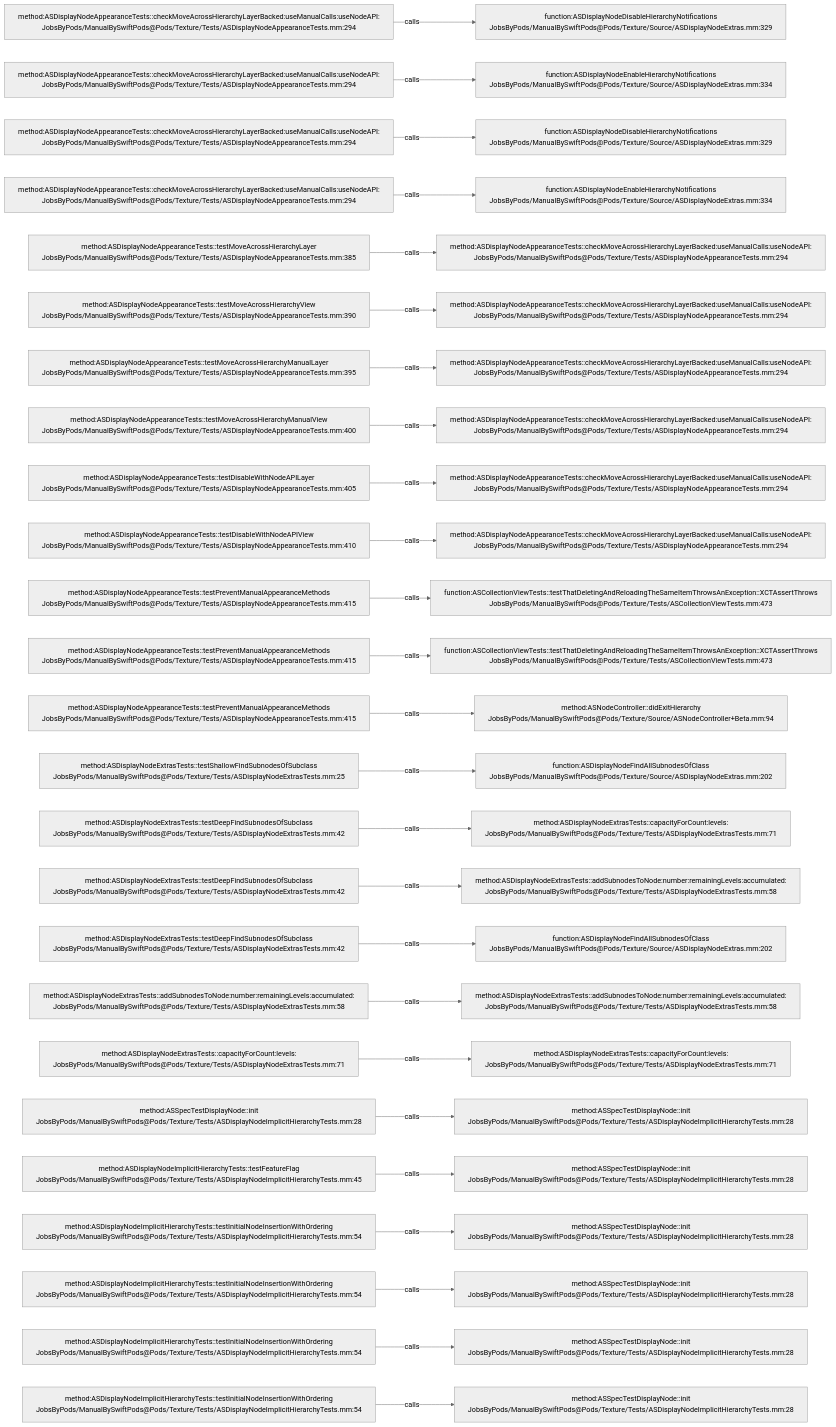
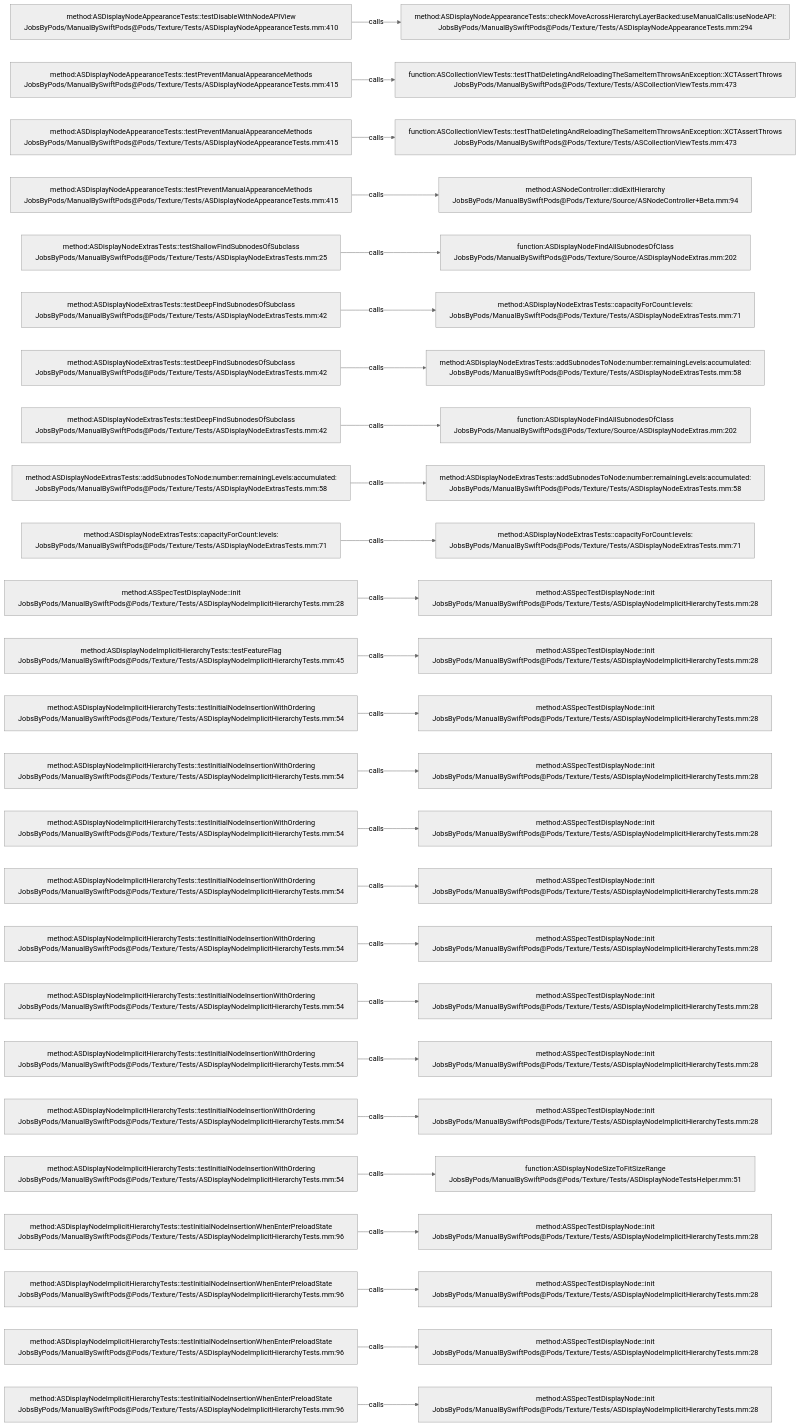
The diagram in .codegraph/codegraph.md/graphs/calls-183.md (JobsKits/JobsSwiftBaseConfigDemo), drawn with Mermaid (neutral theme) before and after one commit. The commit also changed 707 other files, not shown here.

````diff
--- a/.codegraph/codegraph.md/graphs/calls-183.md
+++ b/.codegraph/codegraph.md/graphs/calls-183.md
@@ -13,78 +13,78 @@
 ```mermaid
 flowchart LR
-  S1["method:ASDisplayNodeAppearanceTests::checkMoveAcrossHierarchyLayerBacked:useManualCalls:useNodeAPI:<br/>JobsByPods/ManualBySwiftPods@Pods/Texture/Tests/ASDisplayNodeAppearanceTests.mm:294"]
-  T1["function:ASDisplayNodeDisableHierarchyNotifications<br/>JobsByPods/ManualBySwiftPods@Pods/Texture/Source/ASDisplayNodeExtras.mm:329"]
+  S1["method:ASDisplayNodeAppearanceTests::testDisableWithNodeAPIView<br/>JobsByPods/ManualBySwiftPods@Pods/Texture/Tests/ASDisplayNodeAppearanceTests.mm:410"]
+  T1["method:ASDisplayNodeAppearanceTests::checkMoveAcrossHierarchyLayerBacked:useManualCalls:useNodeAPI:<br/>JobsByPods/ManualBySwiftPods@Pods/Texture/Tests/ASDisplayNodeAppearanceTests.mm:294"]
   S1 -->|calls| T1
-  S2["method:ASDisplayNodeAppearanceTests::checkMoveAcrossHierarchyLayerBacked:useManualCalls:useNodeAPI:<br/>JobsByPods/ManualBySwiftPods@Pods/Texture/Tests/ASDisplayNodeAppearanceTests.mm:294"]
-  T2["function:ASDisplayNodeEnableHierarchyNotifications<br/>JobsByPods/ManualBySwiftPods@Pods/Texture/Source/ASDisplayNodeExtras.mm:334"]
+  S2["method:ASDisplayNodeAppearanceTests::testPreventManualAppearanceMethods<br/>JobsByPods/ManualBySwiftPods@Pods/Texture/Tests/ASDisplayNodeAppearanceTests.mm:415"]
+  T2["function:ASCollectionViewTests::testThatDeletingAndReloadingTheSameItemThrowsAnException::XCTAssertThrows<br/>JobsByPods/ManualBySwiftPods@Pods/Texture/Tests/ASCollectionViewTests.mm:473"]
   S2 -->|calls| T2
-  S3["method:ASDisplayNodeAppearanceTests::checkMoveAcrossHierarchyLayerBacked:useManualCalls:useNodeAPI:<br/>JobsByPods/ManualBySwiftPods@Pods/Texture/Tests/ASDisplayNodeAppearanceTests.mm:294"]
-  T3["function:ASDisplayNodeDisableHierarchyNotifications<br/>JobsByPods/ManualBySwiftPods@Pods/Texture/Source/ASDisplayNodeExtras.mm:329"]
+  S3["method:ASDisplayNodeAppearanceTests::testPreventManualAppearanceMethods<br/>JobsByPods/ManualBySwiftPods@Pods/Texture/Tests/ASDisplayNodeAppearanceTests.mm:415"]
+  T3["function:ASCollectionViewTests::testThatDeletingAndReloadingTheSameItemThrowsAnException::XCTAssertThrows<br/>JobsByPods/ManualBySwiftPods@Pods/Texture/Tests/ASCollectionViewTests.mm:473"]
   S3 -->|calls| T3
-  S4["method:ASDisplayNodeAppearanceTests::checkMoveAcrossHierarchyLayerBacked:useManualCalls:useNodeAPI:<br/>JobsByPods/ManualBySwiftPods@Pods/Texture/Tests/ASDisplayNodeAppearanceTests.mm:294"]
-  T4["function:ASDisplayNodeEnableHierarchyNotifications<br/>JobsByPods/ManualBySwiftPods@Pods/Texture/Source/ASDisplayNodeExtras.mm:334"]
+  S4["method:ASDisplayNodeAppearanceTests::testPreventManualAppearanceMethods<br/>JobsByPods/ManualBySwiftPods@Pods/Texture/Tests/ASDisplayNodeAppearanceTests.mm:415"]
+  T4["method:ASNodeController::didExitHierarchy<br/>JobsByPods/ManualBySwiftPods@Pods/Texture/Source/ASNodeController+Beta.mm:94"]
   S4 -->|calls| T4
-  S5["method:ASDisplayNodeAppearanceTests::testMoveAcrossHierarchyLayer<br/>JobsByPods/ManualBySwiftPods@Pods/Texture/Tests/ASDisplayNodeAppearanceTests.mm:385"]
-  T5["method:ASDisplayNodeAppearanceTests::checkMoveAcrossHierarchyLayerBacked:useManualCalls:useNodeAPI:<br/>JobsByPods/ManualBySwiftPods@Pods/Texture/Tests/ASDisplayNodeAppearanceTests.mm:294"]
+  S5["method:ASDisplayNodeExtrasTests::testShallowFindSubnodesOfSubclass<br/>JobsByPods/ManualBySwiftPods@Pods/Texture/Tests/ASDisplayNodeExtrasTests.mm:25"]
+  T5["function:ASDisplayNodeFindAllSubnodesOfClass<br/>JobsByPods/ManualBySwiftPods@Pods/Texture/Source/ASDisplayNodeExtras.mm:202"]
   S5 -->|calls| T5
-  S6["method:ASDisplayNodeAppearanceTests::testMoveAcrossHierarchyView<br/>JobsByPods/ManualBySwiftPods@Pods/Texture/Tests/ASDisplayNodeAppearanceTests.mm:390"]
-  T6["method:ASDisplayNodeAppearanceTests::checkMoveAcrossHierarchyLayerBacked:useManualCalls:useNodeAPI:<br/>JobsByPods/ManualBySwiftPods@Pods/Texture/Tests/ASDisplayNodeAppearanceTests.mm:294"]
+  S6["method:ASDisplayNodeExtrasTests::testDeepFindSubnodesOfSubclass<br/>JobsByPods/ManualBySwiftPods@Pods/Texture/Tests/ASDisplayNodeExtrasTests.mm:42"]
+  T6["method:ASDisplayNodeExtrasTests::capacityForCount:levels:<br/>JobsByPods/ManualBySwiftPods@Pods/Texture/Tests/ASDisplayNodeExtrasTests.mm:71"]
   S6 -->|calls| T6
-  S7["method:ASDisplayNodeAppearanceTests::testMoveAcrossHierarchyManualLayer<br/>JobsByPods/ManualBySwiftPods@Pods/Texture/Tests/ASDisplayNodeAppearanceTests.mm:395"]
-  T7["method:ASDisplayNodeAppearanceTests::checkMoveAcrossHierarchyLayerBacked:useManualCalls:useNodeAPI:<br/>JobsByPods/ManualBySwiftPods@Pods/Texture/Tests/ASDisplayNodeAppearanceTests.mm:294"]
+  S7["method:ASDisplayNodeExtrasTests::testDeepFindSubnodesOfSubclass<br/>JobsByPods/ManualBySwiftPods@Pods/Texture/Tests/ASDisplayNodeExtrasTests.mm:42"]
+  T7["method:ASDisplayNodeExtrasTests::addSubnodesToNode:number:remainingLevels:accumulated:<br/>JobsByPods/ManualBySwiftPods@Pods/Texture/Tests/ASDisplayNodeExtrasTests.mm:58"]
   S7 -->|calls| T7
-  S8["method:ASDisplayNodeAppearanceTests::testMoveAcrossHierarchyManualView<br/>JobsByPods/ManualBySwiftPods@Pods/Texture/Tests/ASDisplayNodeAppearanceTests.mm:400"]
-  T8["method:ASDisplayNodeAppearanceTests::checkMoveAcrossHierarchyLayerBacked:useManualCalls:useNodeAPI:<br/>JobsByPods/ManualBySwiftPods@Pods/Texture/Tests/ASDisplayNodeAppearanceTests.mm:294"]
+  S8["method:ASDisplayNodeExtrasTests::testDeepFindSubnodesOfSubclass<br/>JobsByPods/ManualBySwiftPods@Pods/Texture/Tests/ASDisplayNodeExtrasTests.mm:42"]
+  T8["function:ASDisplayNodeFindAllSubnodesOfClass<br/>JobsByPods/ManualBySwiftPods@Pods/Texture/Source/ASDisplayNodeExtras.mm:202"]
   S8 -->|calls| T8
-  S9["method:ASDisplayNodeAppearanceTests::testDisableWithNodeAPILayer<br/>JobsByPods/ManualBySwiftPods@Pods/Texture/Tests/ASDisplayNodeAppearanceTests.mm:405"]
-  T9["method:ASDisplayNodeAppearanceTests::checkMoveAcrossHierarchyLayerBacked:useManualCalls:useNodeAPI:<br/>JobsByPods/ManualBySwiftPods@Pods/Texture/Tests/ASDisplayNodeAppearanceTests.mm:294"]
+  S9["method:ASDisplayNodeExtrasTests::addSubnodesToNode:number:remainingLevels:accumulated:<br/>JobsByPods/ManualBySwiftPods@Pods/Texture/Tests/ASDisplayNodeExtrasTests.mm:58"]
+  T9["method:ASDisplayNodeExtrasTests::addSubnodesToNode:number:remainingLevels:accumulated:<br/>JobsByPods/ManualBySwiftPods@Pods/Texture/Tests/ASDisplayNodeExtrasTests.mm:58"]
   S9 -->|calls| T9
-  S10["method:ASDisplayNodeAppearanceTests::testDisableWithNodeAPIView<br/>JobsByPods/ManualBySwiftPods@Pods/Texture/Tests/ASDisplayNodeAppearanceTests.mm:410"]
-  T10["method:ASDisplayNodeAppearanceTests::checkMoveAcrossHierarchyLayerBacked:useManualCalls:useNodeAPI:<br/>JobsByPods/ManualBySwiftPods@Pods/Texture/Tests/ASDisplayNodeAppearanceTests.mm:294"]
+  S10["method:ASDisplayNodeExtrasTests::capacityForCount:levels:<br/>JobsByPods/ManualBySwiftPods@Pods/Texture/Tests/ASDisplayNodeExtrasTests.mm:71"]
+  T10["method:ASDisplayNodeExtrasTests::capacityForCount:levels:<br/>JobsByPods/ManualBySwiftPods@Pods/Texture/Tests/ASDisplayNodeExtrasTests.mm:71"]
   S10 -->|calls| T10
-  S11["method:ASDisplayNodeAppearanceTests::testPreventManualAppearanceMethods<br/>JobsByPods/ManualBySwiftPods@Pods/Texture/Tests/ASDisplayNodeAppearanceTests.mm:415"]
-  T11["function:ASCollectionViewTests::testThatDeletingAndReloadingTheSameItemThrowsAnException::XCTAssertThrows<br/>JobsByPods/ManualBySwiftPods@Pods/Texture/Tests/ASCollectionViewTests.mm:473"]
+  S11["method:ASSpecTestDisplayNode::init<br/>JobsByPods/ManualBySwiftPods@Pods/Texture/Tests/ASDisplayNodeImplicitHierarchyTests.mm:28"]
+  T11["method:ASSpecTestDisplayNode::init<br/>JobsByPods/ManualBySwiftPods@Pods/Texture/Tests/ASDisplayNodeImplicitHierarchyTests.mm:28"]
   S11 -->|calls| T11
-  S12["method:ASDisplayNodeAppearanceTests::testPreventManualAppearanceMethods<br/>JobsByPods/ManualBySwiftPods@Pods/Texture/Tests/ASDisplayNodeAppearanceTests.mm:415"]
-  T12["function:ASCollectionViewTests::testThatDeletingAndReloadingTheSameItemThrowsAnException::XCTAssertThrows<br/>JobsByPods/ManualBySwiftPods@Pods/Texture/Tests/ASCollectionViewTests.mm:473"]
+  S12["method:ASDisplayNodeImplicitHierarchyTests::testFeatureFlag<br/>JobsByPods/ManualBySwiftPods@Pods/Texture/Tests/ASDisplayNodeImplicitHierarchyTests.mm:45"]
+  T12["method:ASSpecTestDisplayNode::init<br/>JobsByPods/ManualBySwiftPods@Pods/Texture/Tests/ASDisplayNodeImplicitHierarchyTests.mm:28"]
   S12 -->|calls| T12
-  S13["method:ASDisplayNodeAppearanceTests::testPreventManualAppearanceMethods<br/>JobsByPods/ManualBySwiftPods@Pods/Texture/Tests/ASDisplayNodeAppearanceTests.mm:415"]
-  T13["method:ASNodeController::didExitHierarchy<br/>JobsByPods/ManualBySwiftPods@Pods/Texture/Source/ASNodeController+Beta.mm:94"]
+  S13["method:ASDisplayNodeImplicitHierarchyTests::testInitialNodeInsertionWithOrdering<br/>JobsByPods/ManualBySwiftPods@Pods/Texture/Tests/ASDisplayNodeImplicitHierarchyTests.mm:54"]
+  T13["method:ASSpecTestDisplayNode::init<br/>JobsByPods/ManualBySwiftPods@Pods/Texture/Tests/ASDisplayNodeImplicitHierarchyTests.mm:28"]
   S13 -->|calls| T13
-  S14["method:ASDisplayNodeExtrasTests::testShallowFindSubnodesOfSubclass<br/>JobsByPods/ManualBySwiftPods@Pods/Texture/Tests/ASDisplayNodeExtrasTests.mm:25"]
-  T14["function:ASDisplayNodeFindAllSubnodesOfClass<br/>JobsByPods/ManualBySwiftPods@Pods/Texture/Source/ASDisplayNodeExtras.mm:202"]
+  S14["method:ASDisplayNodeImplicitHierarchyTests::testInitialNodeInsertionWithOrdering<br/>JobsByPods/ManualBySwiftPods@Pods/Texture/Tests/ASDisplayNodeImplicitHierarchyTests.mm:54"]
+  T14["method:ASSpecTestDisplayNode::init<br/>JobsByPods/ManualBySwiftPods@Pods/Texture/Tests/ASDisplayNodeImplicitHierarchyTests.mm:28"]
   S14 -->|calls| T14
-  S15["method:ASDisplayNodeExtrasTests::testDeepFindSubnodesOfSubclass<br/>JobsByPods/ManualBySwiftPods@Pods/Texture/Tests/ASDisplayNodeExtrasTests.mm:42"]
-  T15["method:ASDisplayNodeExtrasTests::capacityForCount:levels:<br/>JobsByPods/ManualBySwiftPods@Pods/Texture/Tests/ASDisplayNodeExtrasTests.mm:71"]
+  S15["method:ASDisplayNodeImplicitHierarchyTests::testInitialNodeInsertionWithOrdering<br/>JobsByPods/ManualBySwiftPods@Pods/Texture/Tests/ASDisplayNodeImplicitHierarchyTests.mm:54"]
+  T15["method:ASSpecTestDisplayNode::init<br/>JobsByPods/ManualBySwiftPods@Pods/Texture/Tests/ASDisplayNodeImplicitHierarchyTests.mm:28"]
   S15 -->|calls| T15
-  S16["method:ASDisplayNodeExtrasTests::testDeepFindSubnodesOfSubclass<br/>JobsByPods/ManualBySwiftPods@Pods/Texture/Tests/ASDisplayNodeExtrasTests.mm:42"]
-  T16["method:ASDisplayNodeExtrasTests::addSubnodesToNode:number:remainingLevels:accumulated:<br/>JobsByPods/ManualBySwiftPods@Pods/Texture/Tests/ASDisplayNodeExtrasTests.mm:58"]
+  S16["method:ASDisplayNodeImplicitHierarchyTests::testInitialNodeInsertionWithOrdering<br/>JobsByPods/ManualBySwiftPods@Pods/Texture/Tests/ASDisplayNodeImplicitHierarchyTests.mm:54"]
+  T16["method:ASSpecTestDisplayNode::init<br/>JobsByPods/ManualBySwiftPods@Pods/Texture/Tests/ASDisplayNodeImplicitHierarchyTests.mm:28"]
   S16 -->|calls| T16
-  S17["method:ASDisplayNodeExtrasTests::testDeepFindSubnodesOfSubclass<br/>JobsByPods/ManualBySwiftPods@Pods/Texture/Tests/ASDisplayNodeExtrasTests.mm:42"]
-  T17["function:ASDisplayNodeFindAllSubnodesOfClass<br/>JobsByPods/ManualBySwiftPods@Pods/Texture/Source/ASDisplayNodeExtras.mm:202"]
+  S17["method:ASDisplayNodeImplicitHierarchyTests::testInitialNodeInsertionWithOrdering<br/>JobsByPods/ManualBySwiftPods@Pods/Texture/Tests/ASDisplayNodeImplicitHierarchyTests.mm:54"]
+  T17["method:ASSpecTestDisplayNode::init<br/>JobsByPods/ManualBySwiftPods@Pods/Texture/Tests/ASDisplayNodeImplicitHierarchyTests.mm:28"]
   S17 -->|calls| T17
-  S18["method:ASDisplayNodeExtrasTests::addSubnodesToNode:number:remainingLevels:accumulated:<br/>JobsByPods/ManualBySwiftPods@Pods/Texture/Tests/ASDisplayNodeExtrasTests.mm:58"]
-  T18["method:ASDisplayNodeExtrasTests::addSubnodesToNode:number:remainingLevels:accumulated:<br/>JobsByPods/ManualBySwiftPods@Pods/Texture/Tests/ASDisplayNodeExtrasTests.mm:58"]
+  S18["method:ASDisplayNodeImplicitHierarchyTests::testInitialNodeInsertionWithOrdering<br/>JobsByPods/ManualBySwiftPods@Pods/Texture/Tests/ASDisplayNodeImplicitHierarchyTests.mm:54"]
+  T18["method:ASSpecTestDisplayNode::init<br/>JobsByPods/ManualBySwiftPods@Pods/Texture/Tests/ASDisplayNodeImplicitHierarchyTests.mm:28"]
   S18 -->|calls| T18
-  S19["method:ASDisplayNodeExtrasTests::capacityForCount:levels:<br/>JobsByPods/ManualBySwiftPods@Pods/Texture/Tests/ASDisplayNodeExtrasTests.mm:71"]
-  T19["method:ASDisplayNodeExtrasTests::capacityForCount:levels:<br/>JobsByPods/ManualBySwiftPods@Pods/Texture/Tests/ASDisplayNodeExtrasTests.mm:71"]
+  S19["method:ASDisplayNodeImplicitHierarchyTests::testInitialNodeInsertionWithOrdering<br/>JobsByPods/ManualBySwiftPods@Pods/Texture/Tests/ASDisplayNodeImplicitHierarchyTests.mm:54"]
+  T19["method:ASSpecTestDisplayNode::init<br/>JobsByPods/ManualBySwiftPods@Pods/Texture/Tests/ASDisplayNodeImplicitHierarchyTests.mm:28"]
   S19 -->|calls| T19
-  S20["method:ASSpecTestDisplayNode::init<br/>JobsByPods/ManualBySwiftPods@Pods/Texture/Tests/ASDisplayNodeImplicitHierarchyTests.mm:28"]
+  S20["method:ASDisplayNodeImplicitHierarchyTests::testInitialNodeInsertionWithOrdering<br/>JobsByPods/ManualBySwiftPods@Pods/Texture/Tests/ASDisplayNodeImplicitHierarchyTests.mm:54"]
   T20["method:ASSpecTestDisplayNode::init<br/>JobsByPods/ManualBySwiftPods@Pods/Texture/Tests/ASDisplayNodeImplicitHierarchyTests.mm:28"]
   S20 -->|calls| T20
-  S21["method:ASDisplayNodeImplicitHierarchyTests::testFeatureFlag<br/>JobsByPods/ManualBySwiftPods@Pods/Texture/Tests/ASDisplayNodeImplicitHierarchyTests.mm:45"]
-  T21["method:ASSpecTestDisplayNode::init<br/>JobsByPods/ManualBySwiftPods@Pods/Texture/Tests/ASDisplayNodeImplicitHierarchyTests.mm:28"]
+  S21["method:ASDisplayNodeImplicitHierarchyTests::testInitialNodeInsertionWithOrdering<br/>JobsByPods/ManualBySwiftPods@Pods/Texture/Tests/ASDisplayNodeImplicitHierarchyTests.mm:54"]
+  T21["function:ASDisplayNodeSizeToFitSizeRange<br/>JobsByPods/ManualBySwiftPods@Pods/Texture/Tests/ASDisplayNodeTestsHelper.mm:51"]
   S21 -->|calls| T21
-  S22["method:ASDisplayNodeImplicitHierarchyTests::testInitialNodeInsertionWithOrdering<br/>JobsByPods/ManualBySwiftPods@Pods/Texture/Tests/ASDisplayNodeImplicitHierarchyTests.mm:54"]
+  S22["method:ASDisplayNodeImplicitHierarchyTests::testInitialNodeInsertionWhenEnterPreloadState<br/>JobsByPods/ManualBySwiftPods@Pods/Texture/Tests/ASDisplayNodeImplicitHierarchyTests.mm:96"]
   T22["method:ASSpecTestDisplayNode::init<br/>JobsByPods/ManualBySwiftPods@Pods/Texture/Tests/ASDisplayNodeImplicitHierarchyTests.mm:28"]
   S22 -->|calls| T22
-  S23["method:ASDisplayNodeImplicitHierarchyTests::testInitialNodeInsertionWithOrdering<br/>JobsByPods/ManualBySwiftPods@Pods/Texture/Tests/ASDisplayNodeImplicitHierarchyTests.mm:54"]
+  S23["method:ASDisplayNodeImplicitHierarchyTests::testInitialNodeInsertionWhenEnterPreloadState<br/>JobsByPods/ManualBySwiftPods@Pods/Texture/Tests/ASDisplayNodeImplicitHierarchyTests.mm:96"]
   T23["method:ASSpecTestDisplayNode::init<br/>JobsByPods/ManualBySwiftPods@Pods/Texture/Tests/ASDisplayNodeImplicitHierarchyTests.mm:28"]
   S23 -->|calls| T23
-  S24["method:ASDisplayNodeImplicitHierarchyTests::testInitialNodeInsertionWithOrdering<br/>JobsByPods/ManualBySwiftPods@Pods/Texture/Tests/ASDisplayNodeImplicitHierarchyTests.mm:54"]
+  S24["method:ASDisplayNodeImplicitHierarchyTests::testInitialNodeInsertionWhenEnterPreloadState<br/>JobsByPods/ManualBySwiftPods@Pods/Texture/Tests/ASDisplayNodeImplicitHierarchyTests.mm:96"]
   T24["method:ASSpecTestDisplayNode::init<br/>JobsByPods/ManualBySwiftPods@Pods/Texture/Tests/ASDisplayNodeImplicitHierarchyTests.mm:28"]
   S24 -->|calls| T24
-  S25["method:ASDisplayNodeImplicitHierarchyTests::testInitialNodeInsertionWithOrdering<br/>JobsByPods/ManualBySwiftPods@Pods/Texture/Tests/ASDisplayNodeImplicitHierarchyTests.mm:54"]
+  S25["method:ASDisplayNodeImplicitHierarchyTests::testInitialNodeInsertionWhenEnterPreloadState<br/>JobsByPods/ManualBySwiftPods@Pods/Texture/Tests/ASDisplayNodeImplicitHierarchyTests.mm:96"]
   T25["method:ASSpecTestDisplayNode::init<br/>JobsByPods/ManualBySwiftPods@Pods/Texture/Tests/ASDisplayNodeImplicitHierarchyTests.mm:28"]
   S25 -->|calls| T25
 ```
````
